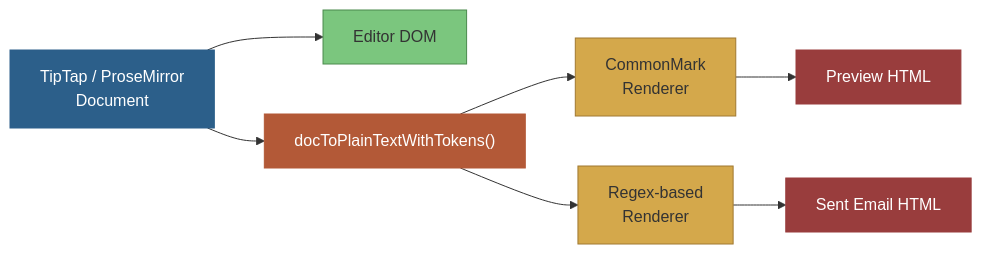
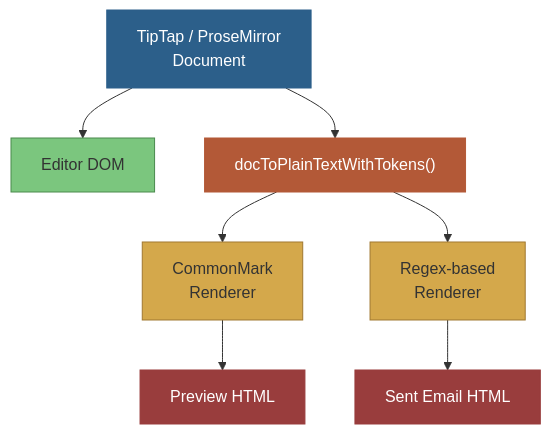
The diagram in src/content/blog/six-prs-one-bug-agent-failure-modes.md (nathanjohnpayne/nathanpaynedotcom), drawn with Mermaid before and after one commit. The commit also changed other lines of this file and 3 other files, not shown here.

````diff
--- a/src/content/blog/six-prs-one-bug-agent-failure-modes.md
+++ b/src/content/blog/six-prs-one-bug-agent-failure-modes.md
@@ -61,17 +61,17 @@
 ```mermaid title="Three rendering paths from one document" description="The ProseMirror document renders directly to the editor DOM but passes through a plain-text token bridge before splitting into separate CommonMark and regex renderers, producing preview and sent-email HTML that can diverge."
-graph LR
+graph TD
     A["TipTap / ProseMirror<br/>Document"] --> B["Editor DOM"]
     A --> C["docToPlainTextWithTokens()"]
     C --> D["CommonMark<br/>Renderer"]
     C --> E["Regex-based<br/>Renderer"]
     D --> F["Preview HTML"]
     E --> G["Sent Email HTML"]
 
     style A fill:#2c5f8a,stroke:#2c5f8a,color:#fff
     style B fill:#7bc67e,stroke:#4a8a4d,color:#333
     style C fill:#b35937,stroke:#b35937,color:#fff
     style D fill:#d4a84b,stroke:#a07830,color:#333
     style E fill:#d4a84b,stroke:#a07830,color:#333
     style F fill:#993d3d,stroke:#993d3d,color:#fff
     style G fill:#993d3d,stroke:#993d3d,color:#fff
 ```
````
